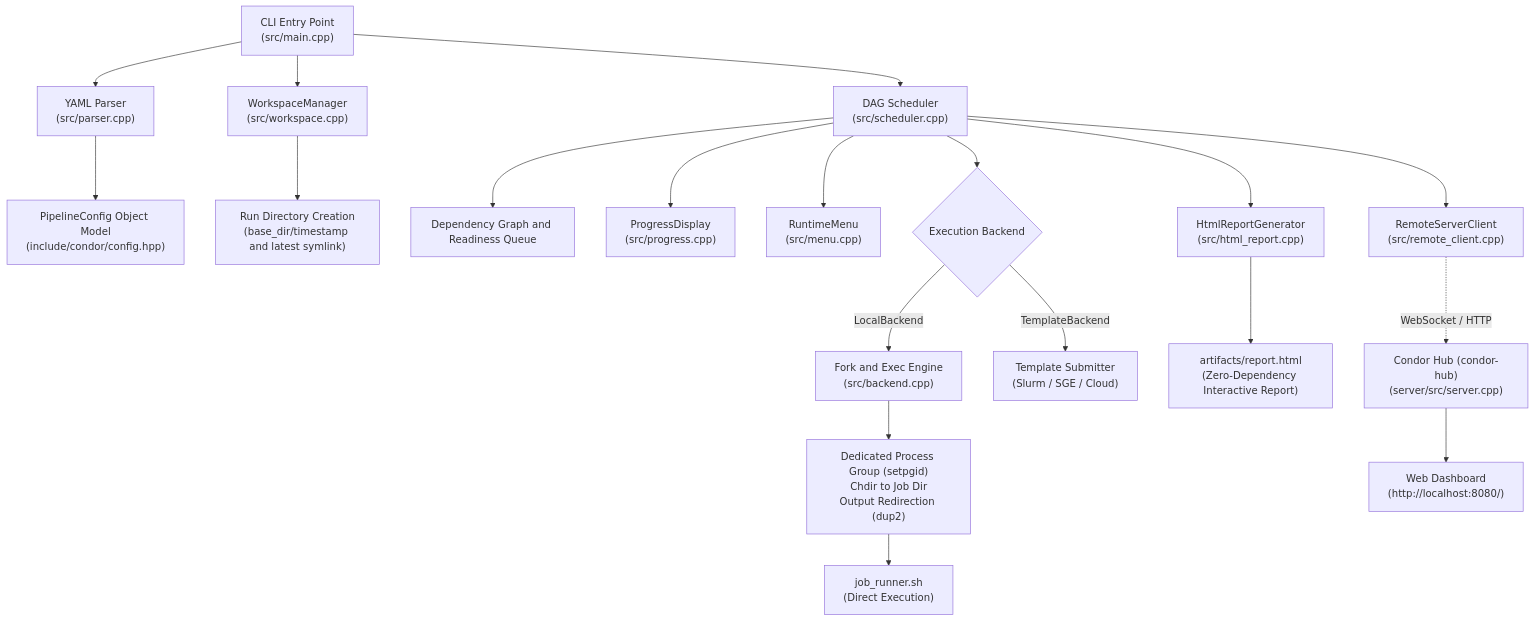
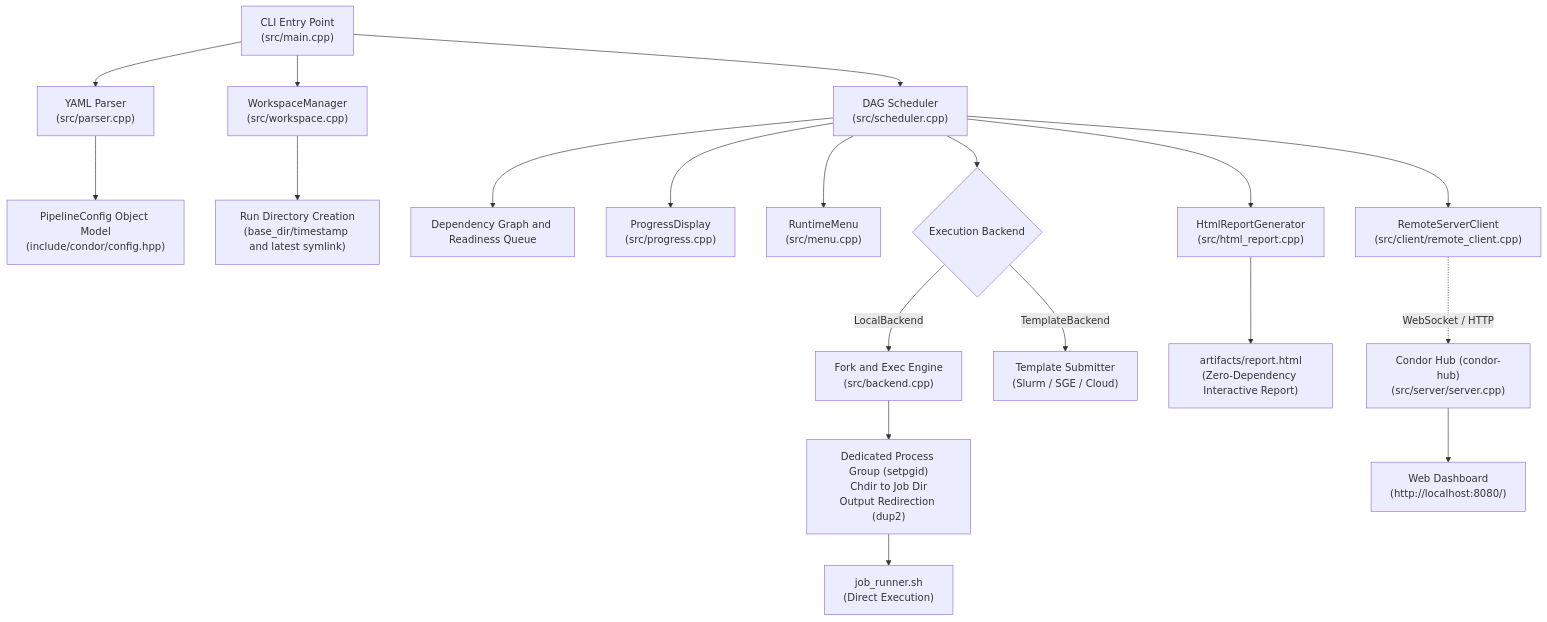
Before and after one commit to zkalves/condor: the first of 3 diagrams in docs/user/architecture.md, drawn with Mermaid. The commit also changed 27 other files, not shown here.

````diff
--- a/docs/user/architecture.md
+++ b/docs/user/architecture.md
@@ -14,27 +14,27 @@
 ```mermaid
 flowchart TD
     CLI["CLI Entry Point\n(src/main.cpp)"] --> PARSER["YAML Parser\n(src/parser.cpp)"]
     PARSER --> CONFIG["PipelineConfig Object Model\n(include/condor/config.hpp)"]
     
     CLI --> WS["WorkspaceManager\n(src/workspace.cpp)"]
     WS --> RUN_DIR["Run Directory Creation\n(base_dir/timestamp and latest symlink)"]
     
     CLI --> SCHED["DAG Scheduler\n(src/scheduler.cpp)"]
     SCHED --> DAG["Dependency Graph and Readiness Queue"]
     SCHED --> PROGRESS["ProgressDisplay\n(src/progress.cpp)"]
     SCHED --> MENU["RuntimeMenu\n(src/menu.cpp)"]
     
     SCHED --> BACKEND{"Execution Backend"}
     BACKEND -->|LocalBackend| LOCAL["Fork and Exec Engine\n(src/backend.cpp)"]
     BACKEND -->|TemplateBackend| GRID["Template Submitter\n(Slurm / SGE / Cloud)"]
     
     LOCAL --> PGID["Dedicated Process Group (setpgid)\nChdir to Job Dir\nOutput Redirection (dup2)"]
     PGID --> RUNNER["job_runner.sh\n(Direct Execution)"]
     
     SCHED --> REPORT["HtmlReportGenerator\n(src/html_report.cpp)"]
     REPORT --> HTML["artifacts/report.html\n(Zero-Dependency Interactive Report)"]
 
-    SCHED --> REMOTE["RemoteServerClient\n(src/remote_client.cpp)"]
-    REMOTE -.->|WebSocket / HTTP| HUB["Condor Hub (condor-hub)\n(server/src/server.cpp)"]
+    SCHED --> REMOTE["RemoteServerClient\n(src/client/remote_client.cpp)"]
+    REMOTE -.->|WebSocket / HTTP| HUB["Condor Hub (condor-hub)\n(src/server/server.cpp)"]
     HUB --> DASH["Web Dashboard\n(http://localhost:8080/)"]
 ```
````
